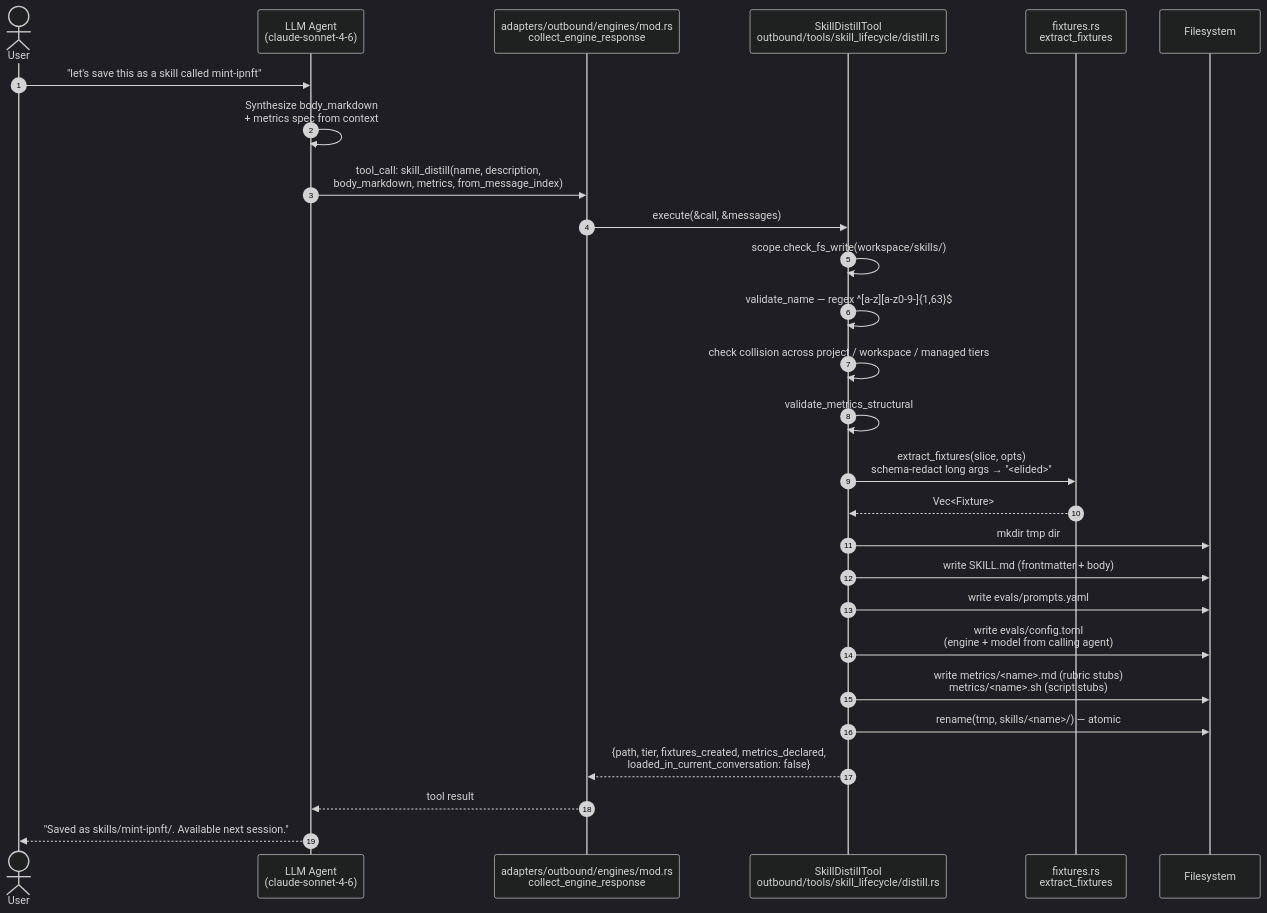
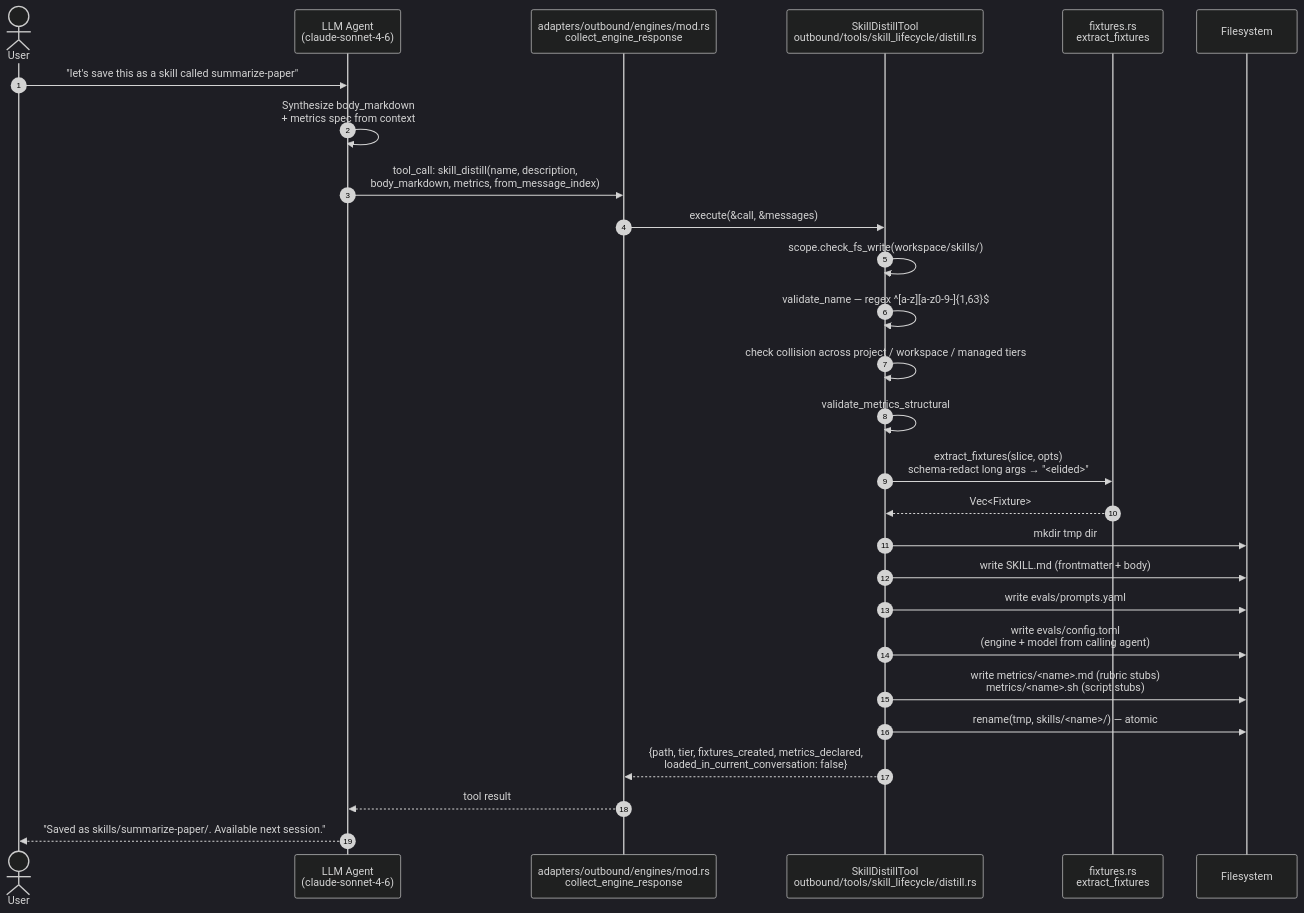
Before and after one commit to DemidovVladimir/tengu-cluster: the third of 8 diagrams in docs/skill-lifecycle-pipeline-diagrams.md, drawn with Mermaid (dark theme). The commit also changed 60 other files, not shown here.

````diff
--- a/docs/skill-lifecycle-pipeline-diagrams.md
+++ b/docs/skill-lifecycle-pipeline-diagrams.md
@@ -129,30 +129,30 @@
 ```mermaid
 sequenceDiagram
     autonumber
     actor U as User
     participant A as LLM Agent<br/>(claude-sonnet-4-6)
     participant E as adapters/outbound/engines/mod.rs<br/>collect_engine_response
     participant T as SkillDistillTool<br/>outbound/tools/skill_lifecycle/distill.rs
     participant F as fixtures.rs<br/>extract_fixtures
     participant FS as Filesystem
 
-    U->>A: "let's save this as a skill called mint-ipnft"
+    U->>A: "let's save this as a skill called summarize-paper"
     A->>A: Synthesize body_markdown<br/>+ metrics spec from context
     A->>E: tool_call: skill_distill(name, description,<br/>body_markdown, metrics, from_message_index)
     E->>T: execute(&call, &messages)
     T->>T: scope.check_fs_write(workspace/skills/)
     T->>T: validate_name — regex ^[a-z][a-z0-9-]{1,63}$
     T->>T: check collision across project / workspace / managed tiers
     T->>T: validate_metrics_structural
     T->>F: extract_fixtures(slice, opts)<br/>schema-redact long args → "<elided>"
     F-->>T: Vec<Fixture>
     T->>FS: mkdir tmp dir
     T->>FS: write SKILL.md (frontmatter + body)
     T->>FS: write evals/prompts.yaml
     T->>FS: write evals/config.toml<br/>(engine + model from calling agent)
     T->>FS: write metrics/<name>.md (rubric stubs)<br/>metrics/<name>.sh (script stubs)
     T->>FS: rename(tmp, skills/<name>/) — atomic
     T-->>E: {path, tier, fixtures_created, metrics_declared,<br/>loaded_in_current_conversation: false}
     E-->>A: tool result
-    A-->>U: "Saved as skills/mint-ipnft/. Available next session."
+    A-->>U: "Saved as skills/summarize-paper/. Available next session."
 ```
````
